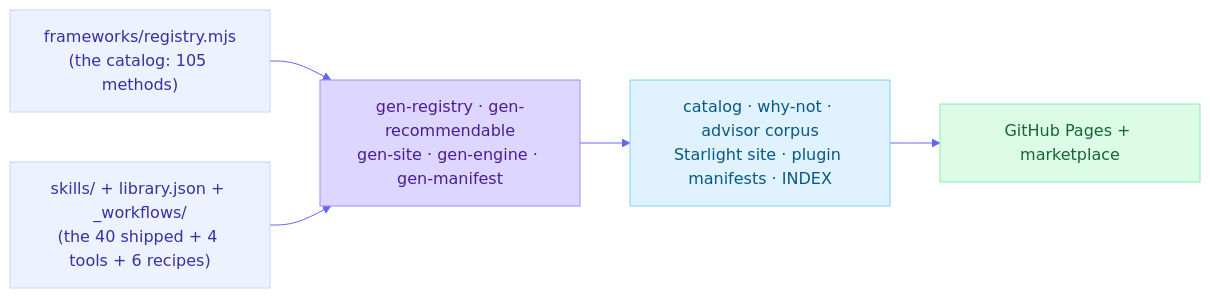
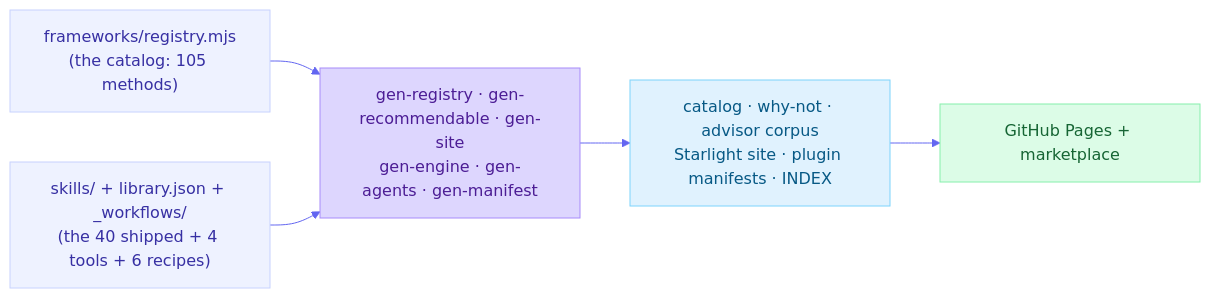
One commit to product-on-purpose/thinking-framework-skills changed the diagram in docs/architecture.md. Above: the diagram before and after it, drawn with Mermaid. The commit also changed other lines of this file and 4 other files, not shown here.

````diff
--- a/docs/architecture.md
+++ b/docs/architecture.md
@@ -46,16 +47,16 @@
 ```mermaid
 %%{init: {'theme':'base','themeVariables':{'primaryColor':'#eef2ff','primaryBorderColor':'#c7d2fe','lineColor':'#6366f1'}}}%%
 graph LR
   reg["frameworks/registry.mjs<br/>(the catalog: 105 methods)"]:::source
   skl["skills/ + library.json + _workflows/<br/>(the 40 shipped + 4 tools + 6 recipes)"]:::source
-  gen["gen-registry · gen-recommendable<br/>gen-site · gen-engine · gen-manifest"]:::build
+  gen["gen-registry · gen-recommendable · gen-site<br/>gen-engine · gen-agents · gen-manifest"]:::build
   views["catalog · why-not · advisor corpus<br/>Starlight site · plugin manifests · INDEX"]:::site
   pages["GitHub Pages + marketplace"]:::deploy
   reg --> gen
   skl --> gen
   gen --> views --> pages
   classDef source fill:#eef2ff,stroke:#c7d2fe,color:#3730a3;
   classDef build fill:#ddd6fe,stroke:#a78bfa,color:#4c1d95;
   classDef site fill:#e0f2fe,stroke:#7dd3fc,color:#075985;
   classDef deploy fill:#dcfce7,stroke:#86efac,color:#166534;
 ```
````
